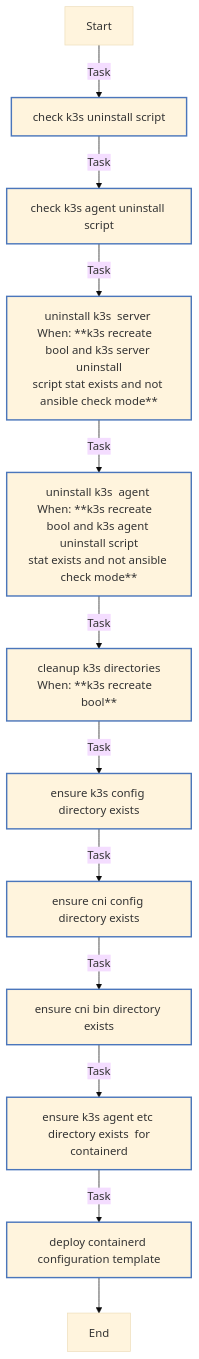
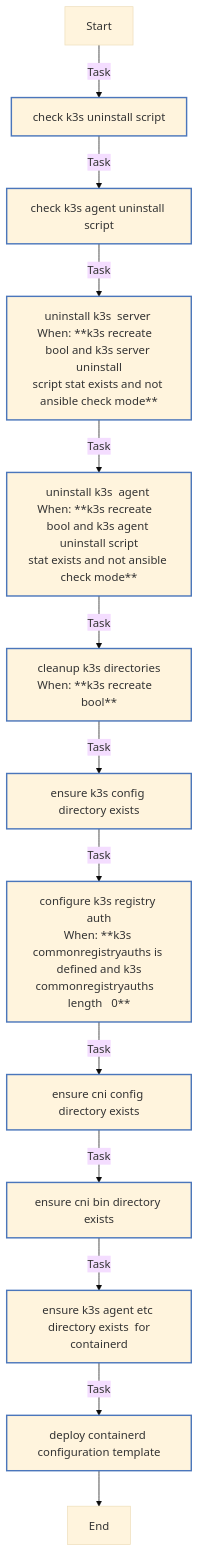
One commit to rou-cru/k3s-homelab changed the diagram in roles/k3s_common/README.md. Above: the diagram before and after it, drawn with Mermaid (base theme). The commit also changed other lines of this file and 277 other files, not shown here.

````diff
--- a/roles/k3s_common/README.md
+++ b/roles/k3s_common/README.md
@@ -85,24 +125,25 @@
 ```mermaid
 flowchart TD
 Start
 classDef block stroke:#3498db,stroke-width:2px;
 classDef task stroke:#4b76bb,stroke-width:2px;
 classDef includeTasks stroke:#16a085,stroke-width:2px;
 classDef importTasks stroke:#34495e,stroke-width:2px;
 classDef includeRole stroke:#2980b9,stroke-width:2px;
 classDef importRole stroke:#699ba7,stroke-width:2px;
 classDef includeVars stroke:#8e44ad,stroke-width:2px;
 classDef rescue stroke:#665352,stroke-width:2px;
 
   Start-->|Task| Check_K3s_uninstall_script0[check k3s uninstall script]:::task
   Check_K3s_uninstall_script0-->|Task| Check_K3s_agent_uninstall_script1[check k3s agent uninstall script]:::task
   Check_K3s_agent_uninstall_script1-->|Task| Uninstall_K3s__Server_2[uninstall k3s  server <br>When: **k3s recreate   bool and k3s server uninstall<br>script stat exists and not ansible check mode**]:::task
   Uninstall_K3s__Server_2-->|Task| Uninstall_K3s__Agent_3[uninstall k3s  agent <br>When: **k3s recreate   bool and k3s agent uninstall script<br>stat exists and not ansible check mode**]:::task
   Uninstall_K3s__Agent_3-->|Task| Cleanup_K3s_directories4[cleanup k3s directories<br>When: **k3s recreate   bool**]:::task
   Cleanup_K3s_directories4-->|Task| Ensure_K3s_config_directory_exists5[ensure k3s config directory exists]:::task
-  Ensure_K3s_config_directory_exists5-->|Task| Ensure_CNI_config_directory_exists6[ensure cni config directory exists]:::task
-  Ensure_CNI_config_directory_exists6-->|Task| Ensure_CNI_bin_directory_exists7[ensure cni bin directory exists]:::task
-  Ensure_CNI_bin_directory_exists7-->|Task| Ensure_K3s_agent_etc_directory_exists__for_containerd_8[ensure k3s agent etc directory exists  for<br>containerd ]:::task
-  Ensure_K3s_agent_etc_directory_exists__for_containerd_8-->|Task| Deploy_containerd_configuration_template9[deploy containerd configuration template]:::task
-  Deploy_containerd_configuration_template9-->End
+  Ensure_K3s_config_directory_exists5-->|Task| Configure_K3s_registry_auth6[configure k3s registry auth<br>When: **k3s commonregistryauths is defined and k3s<br>commonregistryauths   length   0**]:::task
+  Configure_K3s_registry_auth6-->|Task| Ensure_CNI_config_directory_exists7[ensure cni config directory exists]:::task
+  Ensure_CNI_config_directory_exists7-->|Task| Ensure_CNI_bin_directory_exists8[ensure cni bin directory exists]:::task
+  Ensure_CNI_bin_directory_exists8-->|Task| Ensure_K3s_agent_etc_directory_exists__for_containerd_9[ensure k3s agent etc directory exists  for<br>containerd ]:::task
+  Ensure_K3s_agent_etc_directory_exists__for_containerd_9-->|Task| Deploy_containerd_configuration_template10[deploy containerd configuration template]:::task
+  Deploy_containerd_configuration_template10-->End
 ```
````
